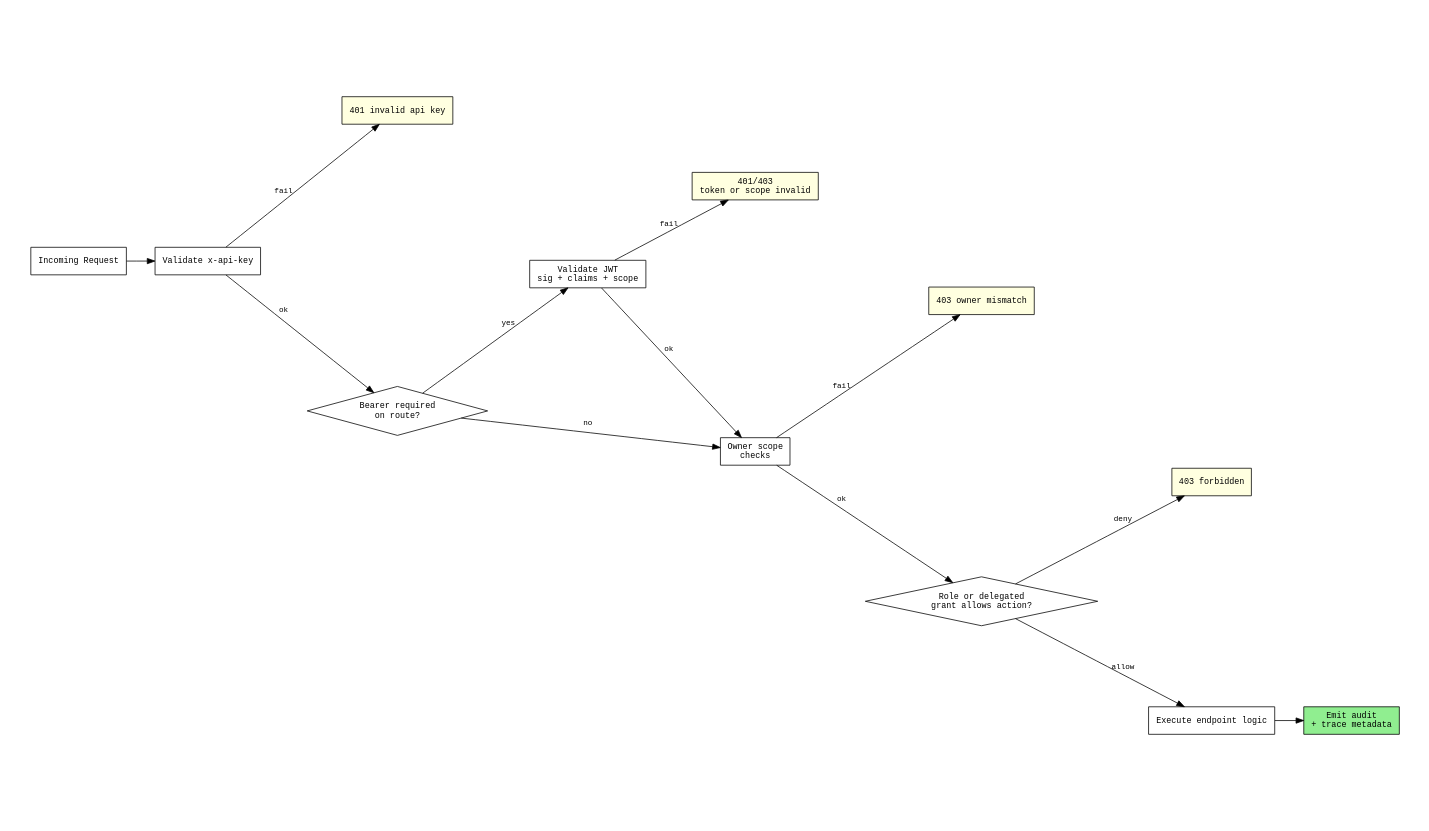
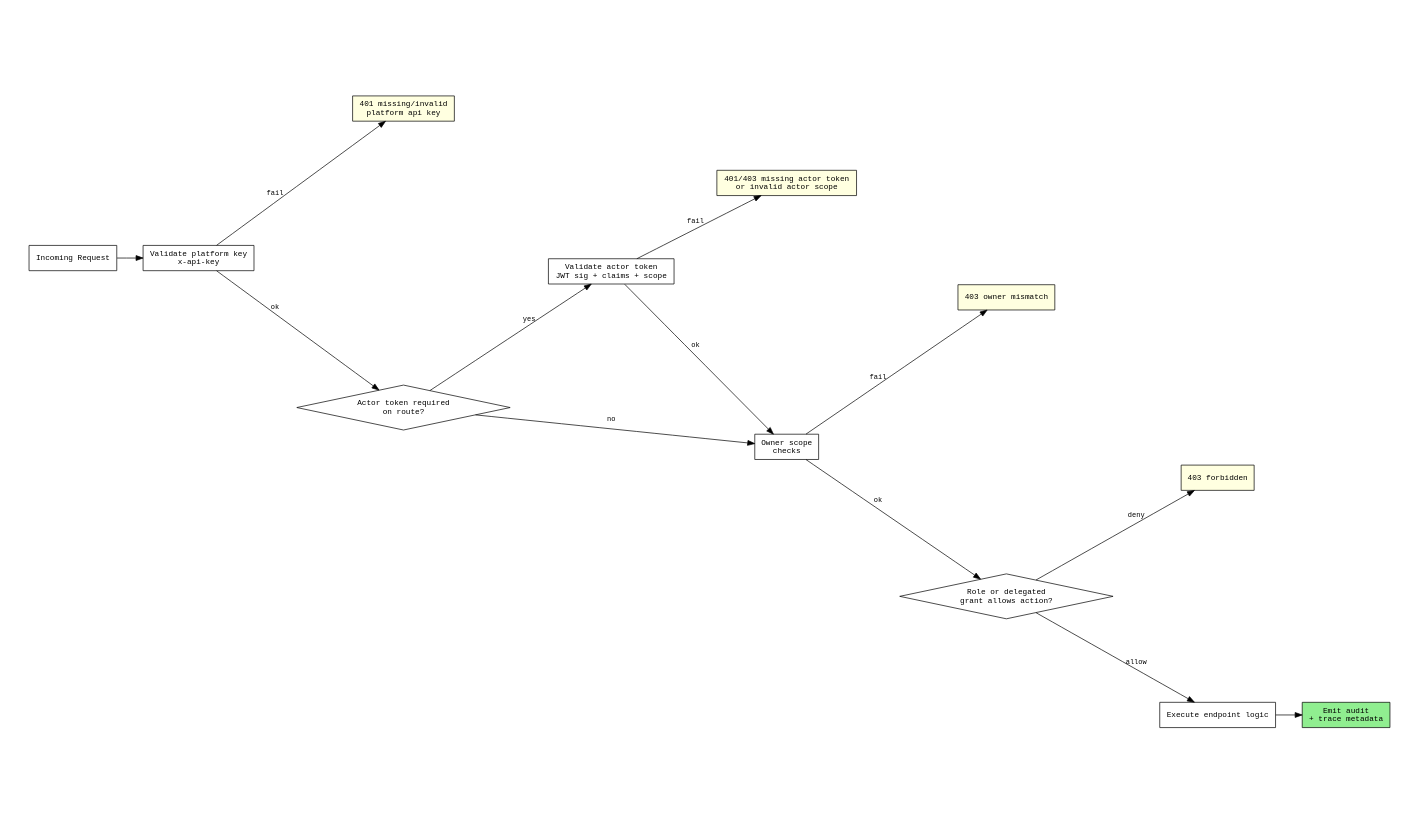
The diagram in docs/diagrams/security/01-authn-authz-enforcement-flow.dot (AxmeAI/axme-docs), drawn with Graphviz before and after one commit. The commit also changed 13 other files, not shown here.

First line of the commit message:
docs: complete actor-token terminology and auth diagram updates (#38)

```diff
--- a/docs/diagrams/security/01-authn-authz-enforcement-flow.dot
+++ b/docs/diagrams/security/01-authn-authz-enforcement-flow.dot
@@ -1,32 +1,32 @@
 digraph authn_authz {
     graph [size="16,9" ratio="fill" pad="0.4"];
     rankdir=LR
     node [shape=box fontname="monospace" fontsize=11]
     edge [fontname="monospace" fontsize=10]
 
     REQ   [label="Incoming Request"]
-    AKEY  [label="Validate x-api-key"]
-    F401A [label="401 invalid api key" style=filled fillcolor=lightyellow]
-    BRTE  [label="Bearer required\non route?" shape=diamond]
-    VJWT  [label="Validate JWT\nsig + claims + scope"]
-    F401B [label="401/403\ntoken or scope invalid" style=filled fillcolor=lightyellow]
+    AKEY  [label="Validate platform key\nx-api-key"]
+    F401A [label="401 missing/invalid\nplatform api key" style=filled fillcolor=lightyellow]
+    BRTE  [label="Actor token required\non route?" shape=diamond]
+    VJWT  [label="Validate actor token\nJWT sig + claims + scope"]
+    F401B [label="401/403 missing actor token\nor invalid actor scope" style=filled fillcolor=lightyellow]
     OWNR  [label="Owner scope\nchecks"]
     F403A [label="403 owner mismatch" style=filled fillcolor=lightyellow]
     ROLE  [label="Role or delegated\ngrant allows action?" shape=diamond]
     F403B [label="403 forbidden" style=filled fillcolor=lightyellow]
     EXEC  [label="Execute endpoint logic"]
     AUDIT [label="Emit audit\n+ trace metadata" style=filled fillcolor=lightgreen]
 
     REQ   -> AKEY
     AKEY  -> F401A [label="fail"]
     AKEY  -> BRTE  [label="ok"]
     BRTE  -> VJWT  [label="yes"]
     BRTE  -> OWNR  [label="no"]
     VJWT  -> F401B [label="fail"]
     VJWT  -> OWNR  [label="ok"]
     OWNR  -> F403A [label="fail"]
     OWNR  -> ROLE  [label="ok"]
     ROLE  -> F403B [label="deny"]
     ROLE  -> EXEC  [label="allow"]
     EXEC  -> AUDIT
 }
```
